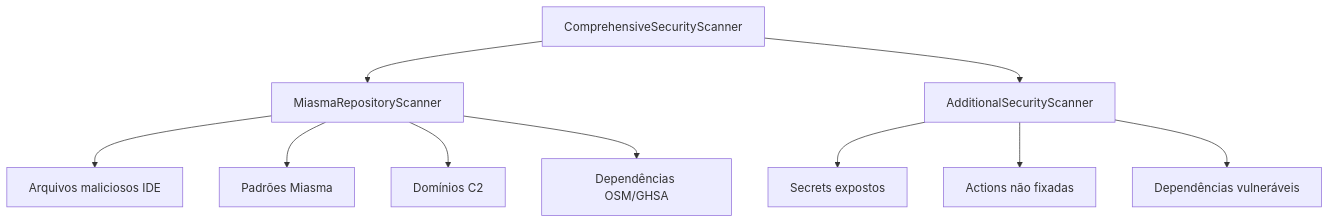
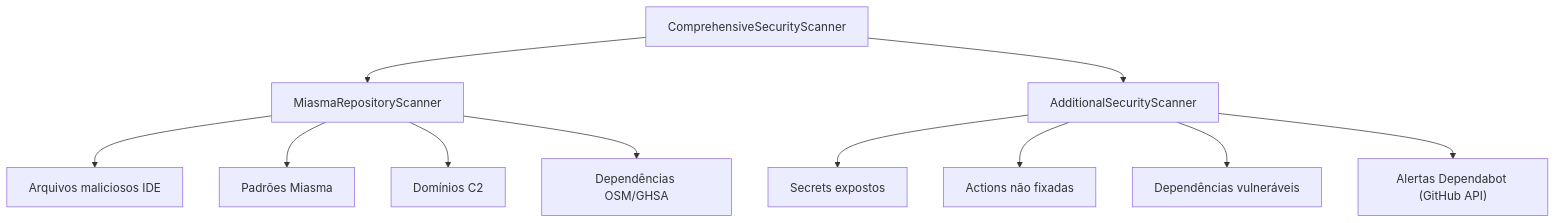
One commit to FranciscoStanley/app-audit changed the sixth of 7 diagrams in docs/architecture.md. Above: the diagram before and after it, drawn with Mermaid. The commit also changed other lines of this file and 9 other files, not shown here.

````diff
--- a/docs/architecture.md
+++ b/docs/architecture.md
@@ -175,14 +181,15 @@
 ```mermaid
 flowchart TB
     CS["ComprehensiveSecurityScanner"] --> MS["MiasmaRepositoryScanner"]
     CS --> AS["AdditionalSecurityScanner"]
 
     MS --> M1["Arquivos maliciosos IDE"]
     MS --> M2["Padrões Miasma"]
     MS --> M3["Domínios C2"]
     MS --> M4["Dependências OSM/GHSA"]
 
     AS --> A1["Secrets expostos"]
     AS --> A2["Actions não fixadas"]
     AS --> A3["Dependências vulneráveis"]
+    AS --> A4["Alertas Dependabot (GitHub API)"]
 ```
````
